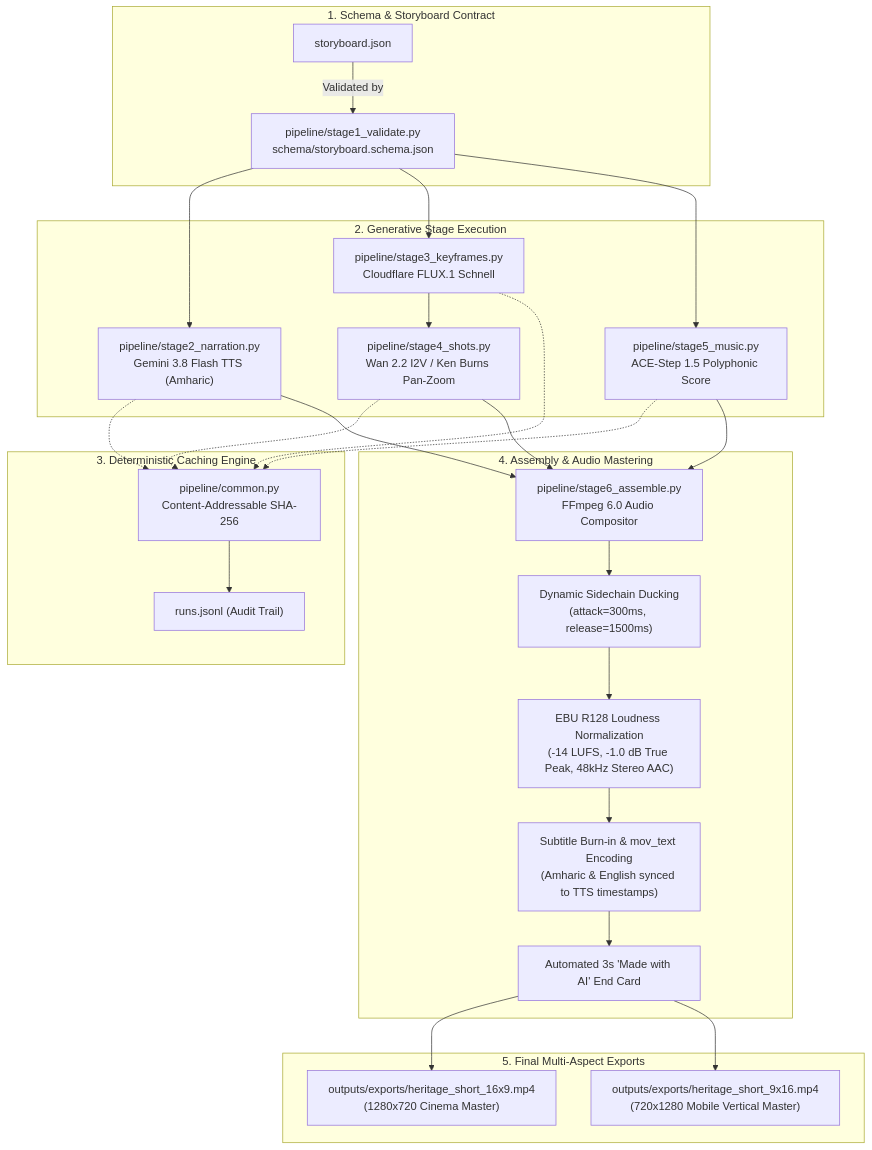
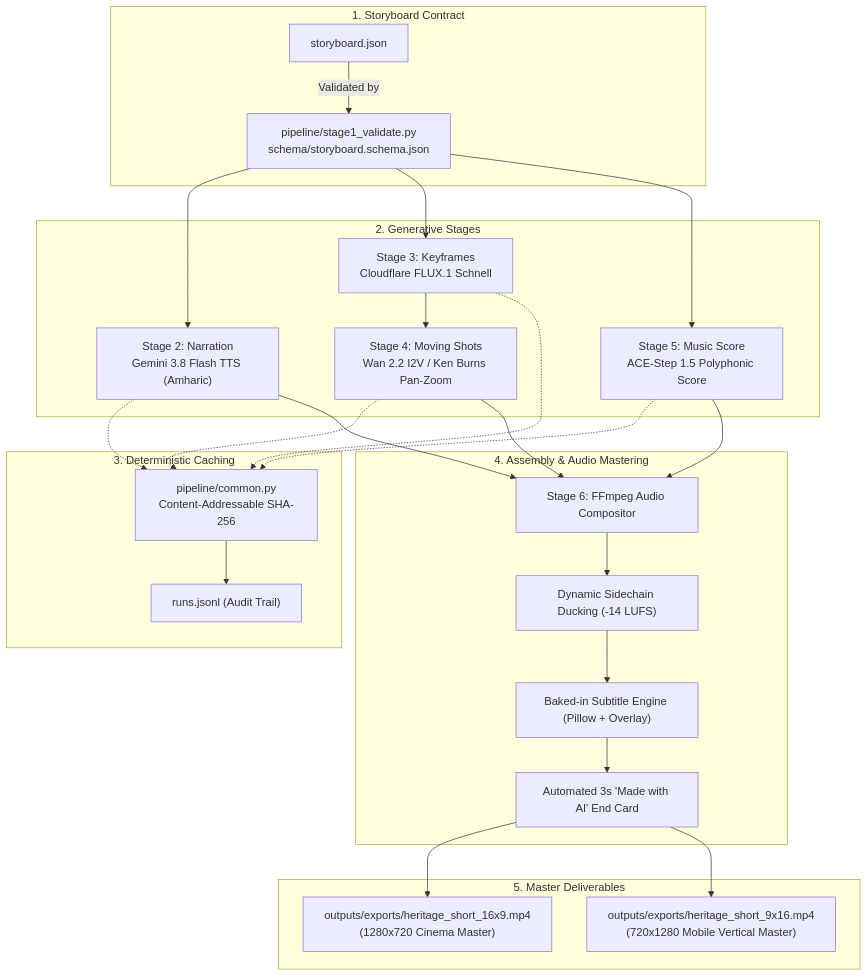
One commit to Mehretu/heritage-short changed the second of 2 diagrams in REPORT.md. Above: the diagram before and after it, drawn with Mermaid. The commit also changed other lines of this file and 1 other file, not shown here.

Commit message:
Refactor final project report: Enhance narrative clarity, audience targeting, and technical details; improve subtitle integration and audio mastering; document user testing insights and ethical considerations.

````diff
--- a/REPORT.md
+++ b/REPORT.md
@@ -39,37 +148,36 @@
 ```mermaid
 flowchart TD
-    subgraph Config ["1. Schema & Storyboard Contract"]
+    subgraph Config ["1. Storyboard Contract"]
         SB["storyboard.json"] -->|Validated by| S1["pipeline/stage1_validate.py<br/>schema/storyboard.schema.json"]
     end
 
-    subgraph Generation ["2. Generative Stage Execution"]
-        S1 --> S2["pipeline/stage2_narration.py<br/>Gemini 3.8 Flash TTS (Amharic)"]
-        S1 --> S3["pipeline/stage3_keyframes.py<br/>Cloudflare FLUX.1 Schnell"]
-        S3 --> S4["pipeline/stage4_shots.py<br/>Wan 2.2 I2V / Ken Burns Pan-Zoom"]
-        S1 --> S5["pipeline/stage5_music.py<br/>ACE-Step 1.5 Polyphonic Score"]
+    subgraph Generation ["2. Generative Stages"]
+        S1 --> S2["Stage 2: Narration<br/>Gemini 3.8 Flash TTS (Amharic)"]
+        S1 --> S3["Stage 3: Keyframes<br/>Cloudflare FLUX.1 Schnell"]
+        S3 --> S4["Stage 4: Moving Shots<br/>Wan 2.2 I2V / Ken Burns Pan-Zoom"]
+        S1 --> S5["Stage 5: Music Score<br/>ACE-Step 1.5 Polyphonic Score"]
     end
 
-    subgraph Caching ["3. Deterministic Caching Engine"]
+    subgraph Caching ["3. Deterministic Caching"]
         CACHE["pipeline/common.py<br/>Content-Addressable SHA-256"]
         S2 -.-> CACHE
         S3 -.-> CACHE
         S4 -.-> CACHE
         S5 -.-> CACHE
         CACHE --> LOG["runs.jsonl (Audit Trail)"]
     end
 
-    subgraph Post ["4. Assembly & Audio Mastering"]
-        S2 --> S6["pipeline/stage6_assemble.py<br/>FFmpeg 6.0 Audio Compositor"]
+    subgraph Assembly ["4. Assembly & Audio Mastering"]
+        S2 --> S6["Stage 6: FFmpeg Audio Compositor"]
         S4 --> S6
         S5 --> S6
-        S6 --> DUCK["Dynamic Sidechain Ducking<br/>(attack=300ms, release=1500ms)"]
-        DUCK --> NORM["EBU R128 Loudness Normalization<br/>(-14 LUFS, -1.0 dB True Peak, 48kHz Stereo AAC)"]
-        NORM --> SUB["Subtitle Burn-in & mov_text Encoding<br/>(Amharic & English synced to TTS timestamps)"]
-        SUB --> CARD["Automated 3s 'Made with AI' End Card"]
+        S6 --> DUCK["Dynamic Sidechain Ducking (-14 LUFS)"]
+        DUCK --> BAKE["Baked-in Subtitle Engine (Pillow + Overlay)"]
+        BAKE --> CARD["Automated 3s 'Made with AI' End Card"]
     end
 
-    subgraph Deliverables ["5. Final Multi-Aspect Exports"]
+    subgraph Deliverables ["5. Master Deliverables"]
         CARD --> EXP1["outputs/exports/heritage_short_16x9.mp4<br/>(1280x720 Cinema Master)"]
         CARD --> EXP2["outputs/exports/heritage_short_9x16.mp4<br/>(720x1280 Mobile Vertical Master)"]
     end
 ```
````
